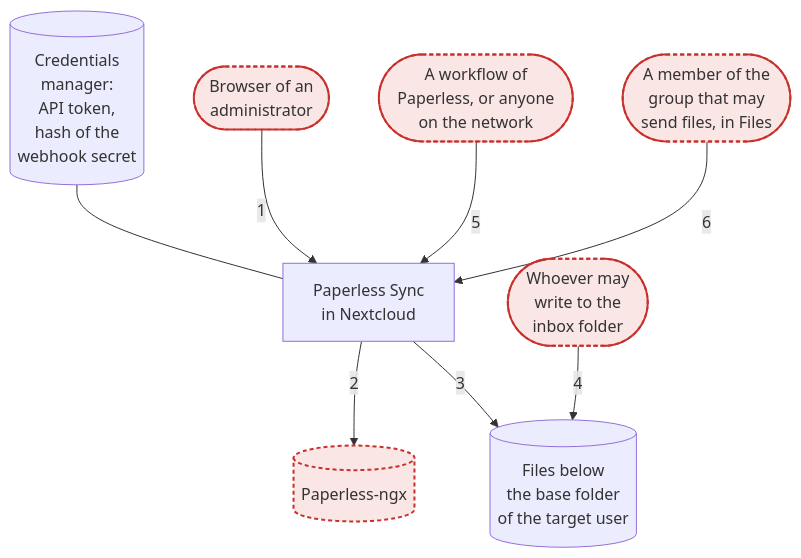
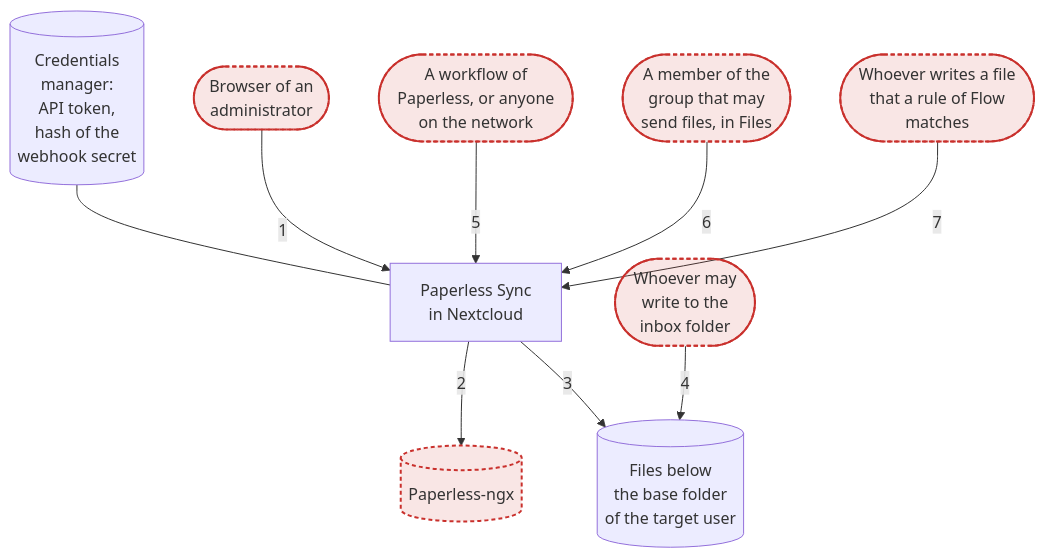
Before and after one commit to Dennis-Otto/paperless-sync: the diagram in docs/diagrams/the-trust-boundaries-of-paperless-sync.mmd, drawn with Mermaid. The commit also changed 45 other files, not shown here.

First line of the commit message:
feat: Nextcloud Flow operation 'Send to Paperless' (#197)

```diff
--- a/docs/diagrams/the-trust-boundaries-of-paperless-sync.mmd
+++ b/docs/diagrams/the-trust-boundaries-of-paperless-sync.mmd
@@ -1,23 +1,25 @@
 flowchart TB
     accTitle: The trust boundaries of Paperless Sync
-    accDescr: Six numbered arrows cross a trust boundary. 1: the browser of an administrator sends requests to Paperless Sync in Nextcloud. 2: the app calls Paperless-ngx. 3: the app writes the files below the base folder of the target user. 4: whoever may write to the inbox folder puts files there. 5: a workflow of Paperless-ngx, or anyone on the network, calls the webhook of the app. 6: a member of the group that may send files sends files of their own from Files. The app keeps the API token and the hash of the secret of the webhook in the credentials manager. The browser, the writers of the inbox, Paperless-ngx, the callers of the webhook and the senders in Files are untrusted and have a dashed red border.
+    accDescr: Seven numbered arrows cross a trust boundary. 1: the browser of an administrator sends requests to Paperless Sync in Nextcloud. 2: the app calls Paperless-ngx. 3: the app writes the files below the base folder of the target user. 4: whoever may write to the inbox folder puts files there. 5: a workflow of Paperless-ngx, or anyone on the network, calls the webhook of the app. 6: a member of the group that may send files sends files of their own from Files. 7: a rule of Flow, which only an administrator saves, sends the files that it matches, of any user. The app keeps the API token and the hash of the secret of the webhook in the credentials manager. The browser, the writers of the inbox, Paperless-ngx, the callers of the webhook, the senders in Files and the users whose files a rule of Flow matches are untrusted and have a dashed red border.
 
     credentials[("Credentials<br>manager:<br>API token,<br>hash of the<br>webhook secret")]
     browser(["Browser of an<br>administrator"])
     callers(["A workflow of<br>Paperless, or anyone<br>on the network"])
     app["Paperless Sync<br>in Nextcloud"]
     writers(["Whoever may<br>write to the<br>inbox folder"])
     senders(["A member of the<br>group that may<br>send files, in Files"])
+    flow(["Whoever writes a file<br>that a rule of Flow<br>matches"])
     paperless[("Paperless-ngx")]
     files[("Files below<br>the base folder<br>of the target user")]
 
     credentials --- app
     browser -- "1" --> app
     callers -- "5" --> app
     senders -- "6" --> app
+    flow -- "7" --> app
     app -- "2" --> paperless
     app -- "3" --> files
     writers -- "4" --> files
 
     classDef untrusted fill:#c9302c1f,stroke:#c9302c,stroke-width:2px,stroke-dasharray:4 3
-    class browser,callers,writers,senders,paperless untrusted
+    class browser,callers,writers,senders,flow,paperless untrusted
```
